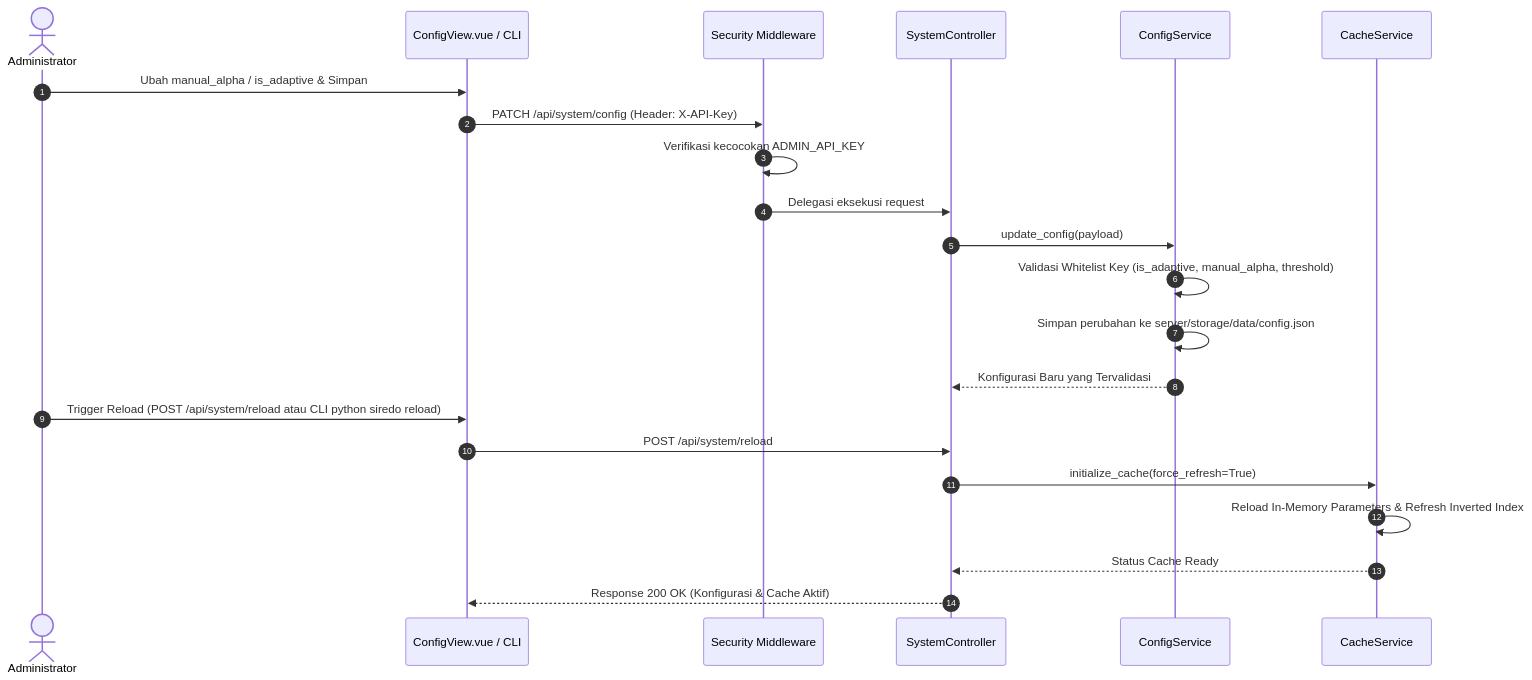
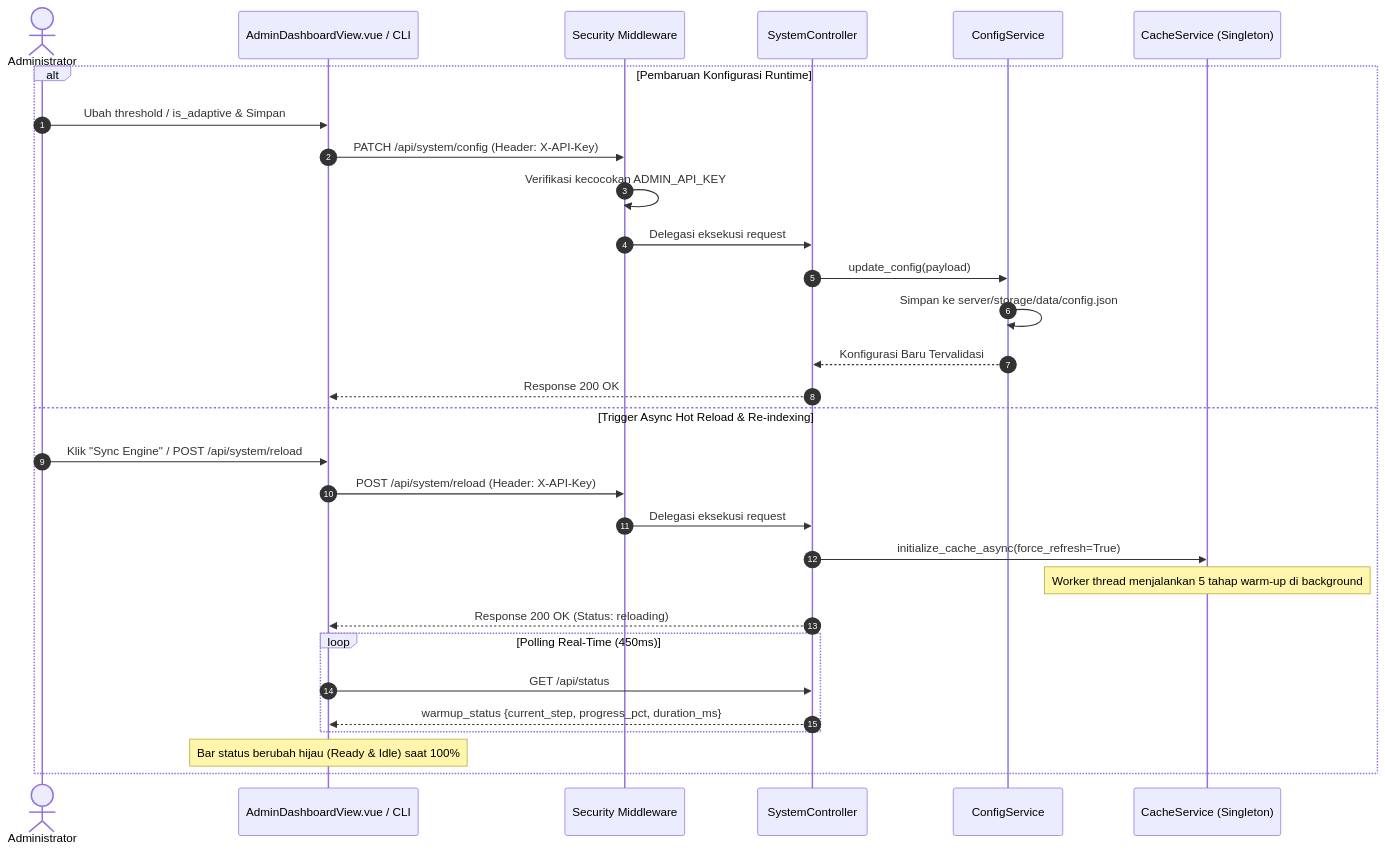
Before and after one commit to cello-marcelino/NLP-Base-Recommendation-System: the sixth of 9 diagrams in docs/system-design.md, drawn with Mermaid. The commit also changed other lines of this file, not shown here.

Commit message:
docs: update system-design.md with async warmup, hybrid incremental indexing, and lifecycle monitor

````diff
--- a/docs/system-design.md
+++ b/docs/system-design.md
@@ -229,27 +246,33 @@
 ```mermaid
 sequenceDiagram
     autonumber
     actor Admin as Administrator
-    participant Dashboard as ConfigView.vue / CLI
+    participant Dashboard as AdminDashboardView.vue / CLI
     participant Auth as Security Middleware
     participant SystemCtrl as SystemController
     participant ConfigSvc as ConfigService
-    participant Cache as CacheService
+    participant Cache as CacheService (Singleton)
 
-    Admin->>Dashboard: Ubah manual_alpha / is_adaptive & Simpan
-    Dashboard->>Auth: PATCH /api/system/config (Header: X-API-Key)
-    Auth->>Auth: Verifikasi kecocokan ADMIN_API_KEY
-    Auth->>SystemCtrl: Delegasi eksekusi request
-
-    SystemCtrl->>ConfigSvc: update_config(payload)
-    ConfigSvc->>ConfigSvc: Validasi Whitelist Key (is_adaptive, manual_alpha, threshold)
-    ConfigSvc->>ConfigSvc: Simpan perubahan ke server/storage/data/config.json
-    ConfigSvc-->>SystemCtrl: Konfigurasi Baru yang Tervalidasi
-
-    Admin->>Dashboard: Trigger Reload (POST /api/system/reload atau CLI python siredo reload)
-    Dashboard->>SystemCtrl: POST /api/system/reload
-    SystemCtrl->>Cache: initialize_cache(force_refresh=True)
-    Cache->>Cache: Reload In-Memory Parameters & Refresh Inverted Index
-    Cache-->>SystemCtrl: Status Cache Ready
-    SystemCtrl-->>Dashboard: Response 200 OK (Konfigurasi & Cache Aktif)
+    alt Pembaruan Konfigurasi Runtime
+        Admin->>Dashboard: Ubah threshold / is_adaptive & Simpan
+        Dashboard->>Auth: PATCH /api/system/config (Header: X-API-Key)
+        Auth->>Auth: Verifikasi kecocokan ADMIN_API_KEY
+        Auth->>SystemCtrl: Delegasi eksekusi request
+        SystemCtrl->>ConfigSvc: update_config(payload)
+        ConfigSvc->>ConfigSvc: Simpan ke server/storage/data/config.json
+        ConfigSvc-->>SystemCtrl: Konfigurasi Baru Tervalidasi
+        SystemCtrl-->>Dashboard: Response 200 OK
+    else Trigger Async Hot Reload & Re-indexing
+        Admin->>Dashboard: Klik "Sync Engine" / POST /api/system/reload
+        Dashboard->>Auth: POST /api/system/reload (Header: X-API-Key)
+        Auth->>SystemCtrl: Delegasi eksekusi request
+        SystemCtrl->>Cache: initialize_cache_async(force_refresh=True)
+        Note over Cache: Worker thread menjalankan 5 tahap warm-up di background
+        SystemCtrl-->>Dashboard: Response 200 OK (Status: reloading)
+        loop Polling Real-Time (450ms)
+            Dashboard->>SystemCtrl: GET /api/status
+            SystemCtrl-->>Dashboard: warmup_status {current_step, progress_pct, duration_ms}
+        end
+        Note over Dashboard: Bar status berubah hijau (Ready & Idle) saat 100%
+    end
 ```
````
